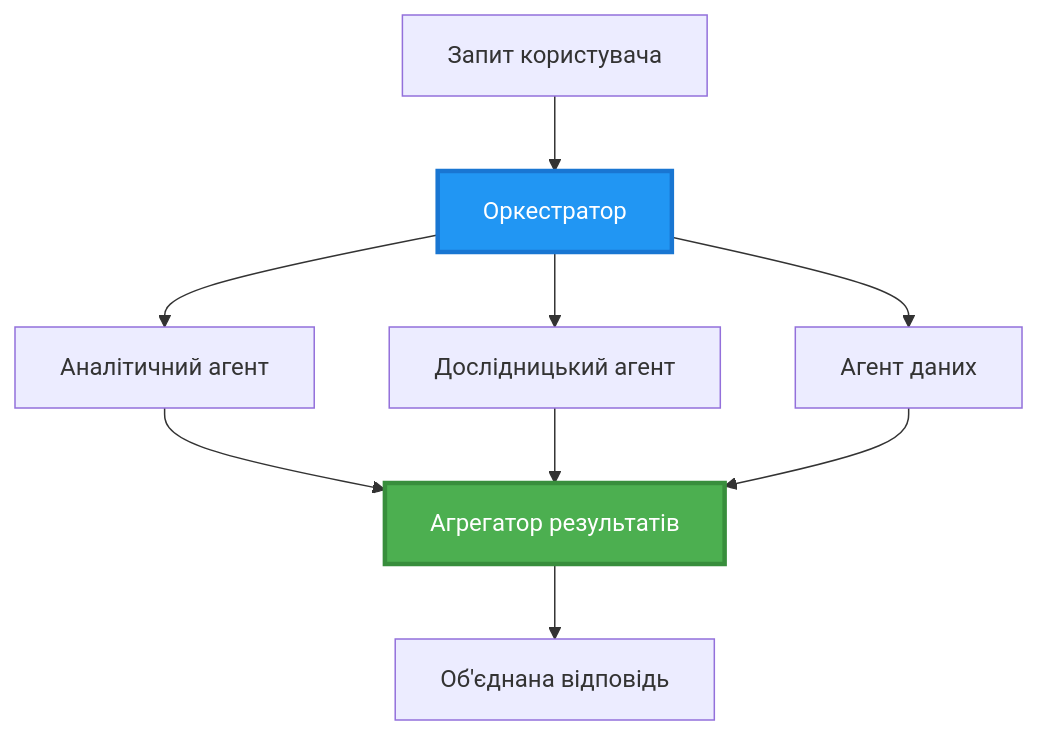
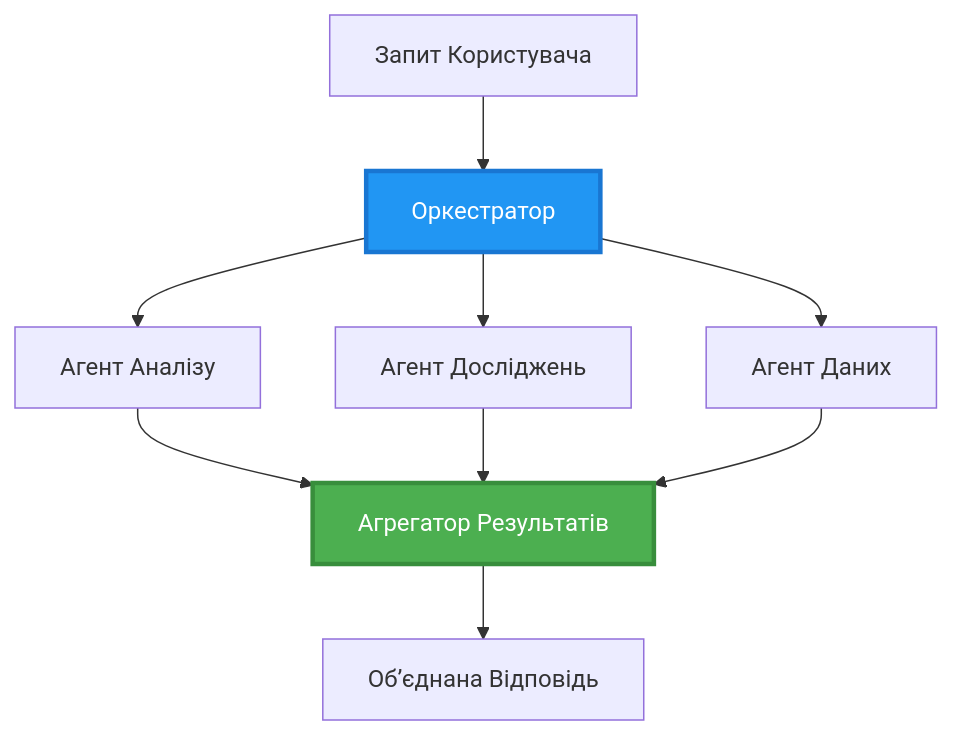
The second of 6 diagrams in translations/uk/docs/chapter-06-pre-deployment/coordination-patterns.md (microsoft/AZD-for-beginners), drawn with Mermaid before and after one commit. The commit also changed other lines of this file and 101 other files, not shown here.

````diff
--- a/translations/uk/docs/chapter-06-pre-deployment/coordination-patterns.md
+++ b/translations/uk/docs/chapter-06-pre-deployment/coordination-patterns.md
@@ -107,22 +100,22 @@
 ```mermaid
 graph TB
-    User[Запит користувача]
+    User[Запит Користувача]
     Orchestrator[Оркестратор]
-    Agent1[Аналітичний агент]
-    Agent2[Дослідницький агент]
-    Agent3[Агент даних]
-    Aggregator[Агрегатор результатів]
-    Response[Об'єднана відповідь]
+    Agent1[Агент Аналізу]
+    Agent2[Агент Досліджень]
+    Agent3[Агент Даних]
+    Aggregator[Агрегатор Результатів]
+    Response[Об’єднана Відповідь]
     
     User --> Orchestrator
     Orchestrator --> Agent1
     Orchestrator --> Agent2
     Orchestrator --> Agent3
     Agent1 --> Aggregator
     Agent2 --> Aggregator
     Agent3 --> Aggregator
     Aggregator --> Response
     
     style Orchestrator fill:#2196F3,stroke:#1976D2,stroke-width:3px,color:#fff
     style Aggregator fill:#4CAF50,stroke:#388E3C,stroke-width:3px,color:#fff
 ```
````
